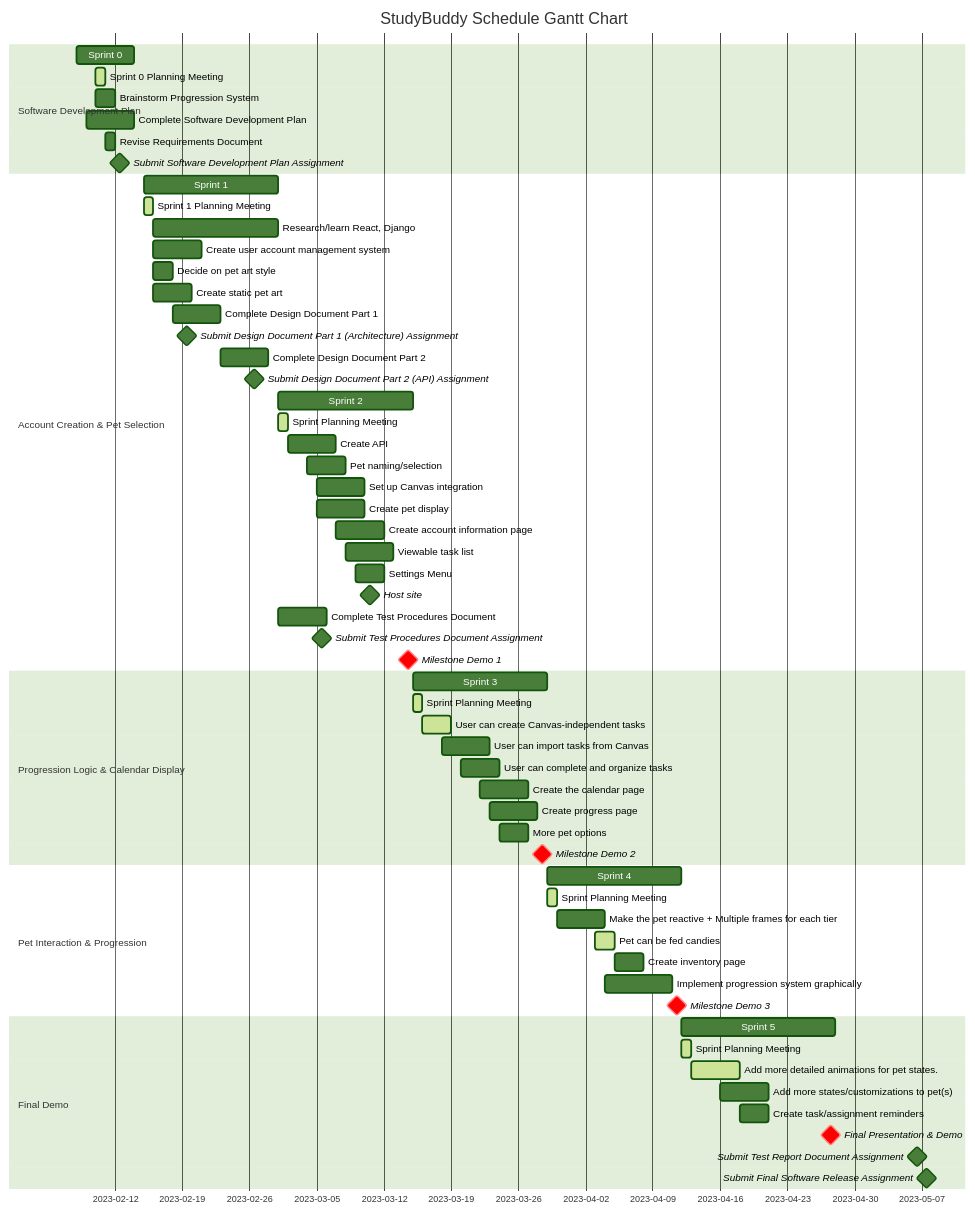
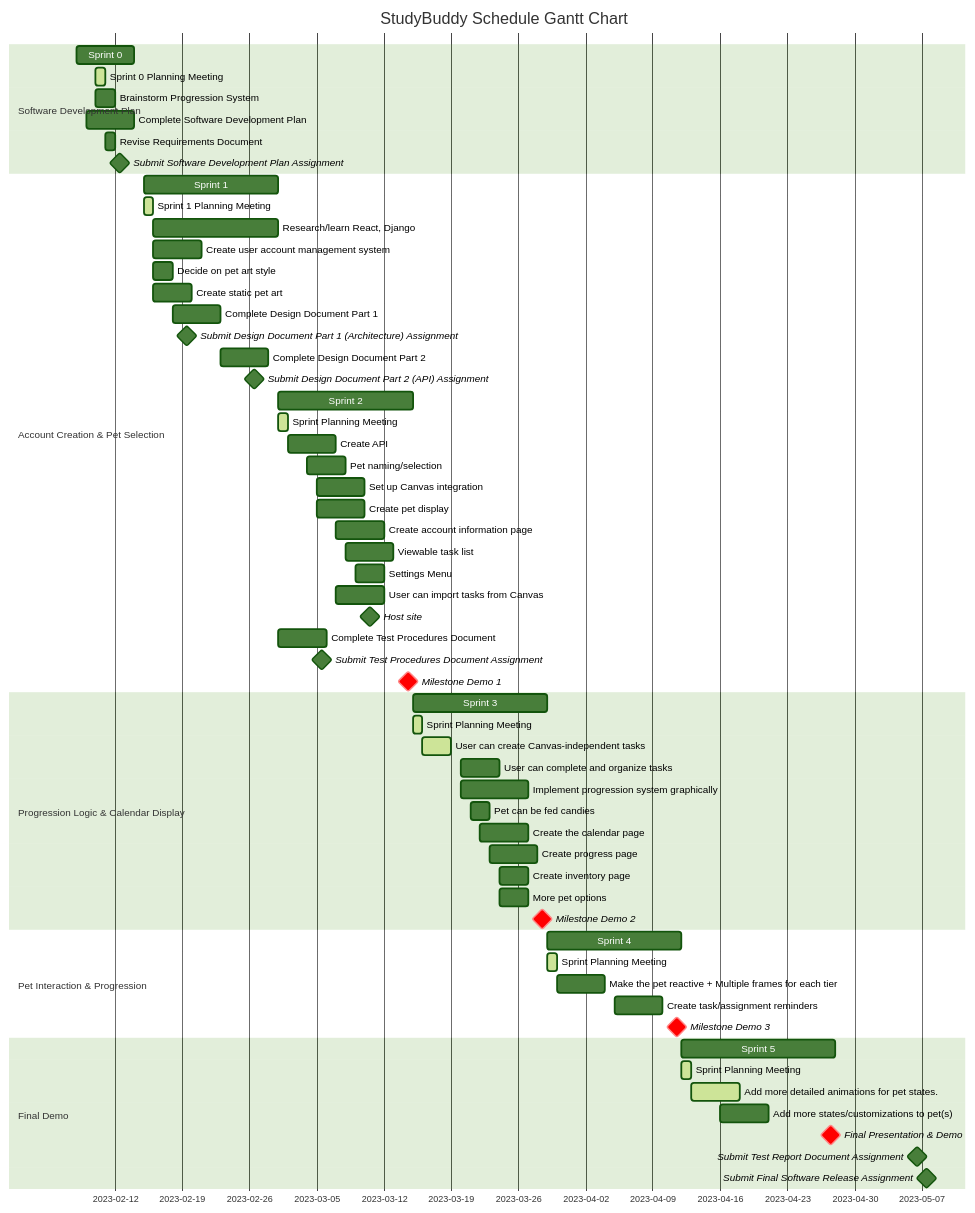
Before and after one commit to Capstone-Projects-2023-Spring/project-virtual-pet: the diagram in documentation/docs/development-plan/schedule.md, drawn with Mermaid (forest theme).

Commit message:
Updated Gantt chart to reflect new milestone feats

```diff
--- a/documentation/docs/development-plan/schedule.md
+++ b/documentation/docs/development-plan/schedule.md
@@ -65,6 +65,8 @@
         section Account Creation & Pet Selection
         Settings Menu : , 2023-03-09, 3d
         section Account Creation & Pet Selection
+        User can import tasks from Canvas: , 2023-03-07, 5d
+        section Account Creation & Pet Selection
         Host site: milestone, , 2023-03-09, 3d
         section Account Creation & Pet Selection
         Complete Test Procedures Document: , 2023-03-01, 5d
@@ -80,13 +82,17 @@
         section Progression Logic & Calendar Display
         User can create Canvas-independent tasks: active , 2023-03-16, 3d
         section Progression Logic & Calendar Display
-        User can import tasks from Canvas: , 2023-03-18, 5d
+        User can complete and organize tasks: , 2023-03-20, 4d
         section Progression Logic & Calendar Display
-        User can complete and organize tasks: , 2023-03-20, 4d
+        Implement progression system graphically: , 2023-03-20, 1w
+        section Progression Logic & Calendar Display
+        Pet can be fed candies: , 2023-03-21, 2d
         section Progression Logic & Calendar Display
         Create the calendar page: , 2023-03-22, 5d
         section Progression Logic & Calendar Display
         Create progress page: , 2023-03-23, 5d
+        section Progression Logic & Calendar Display
+        Create inventory page: , 2023-03-24, 3d
         section Progression Logic & Calendar Display
         More pet options: , 2023-03-24, 3d
         section Progression Logic & Calendar Display
@@ -100,11 +106,7 @@
         section Pet Interaction & Progression
         Make the pet reactive + Multiple frames for each tier: , 2023-03-30, 5d
         section Pet Interaction & Progression
-        Pet can be fed candies: active , 2023-04-03, 2d
-        section Pet Interaction & Progression
-        Create inventory page: , 2023-04-05, 3d
-        section Pet Interaction & Progression
-        Implement progression system graphically: , 2023-04-04, 1w
+        Create task/assignment reminders: , 2023-04-05, 5d
         section Pet Interaction & Progression
         Milestone Demo 3 :crit, milestone,  , 2023-04-11, 1d
 
@@ -117,8 +119,6 @@
         section Final Demo
         Add more states/customizations to pet(s): , 2023-04-16, 5d
         section Final Demo
-        Create task/assignment reminders:, 2023-04-18, 3d
-        section Final Demo
         Final Presentation & Demo :crit, milestone,  , 2023-04-27, 1d
         section Final Demo
         Submit Test Report Document Assignment: milestone, , 2023-05-06, 1d
```
